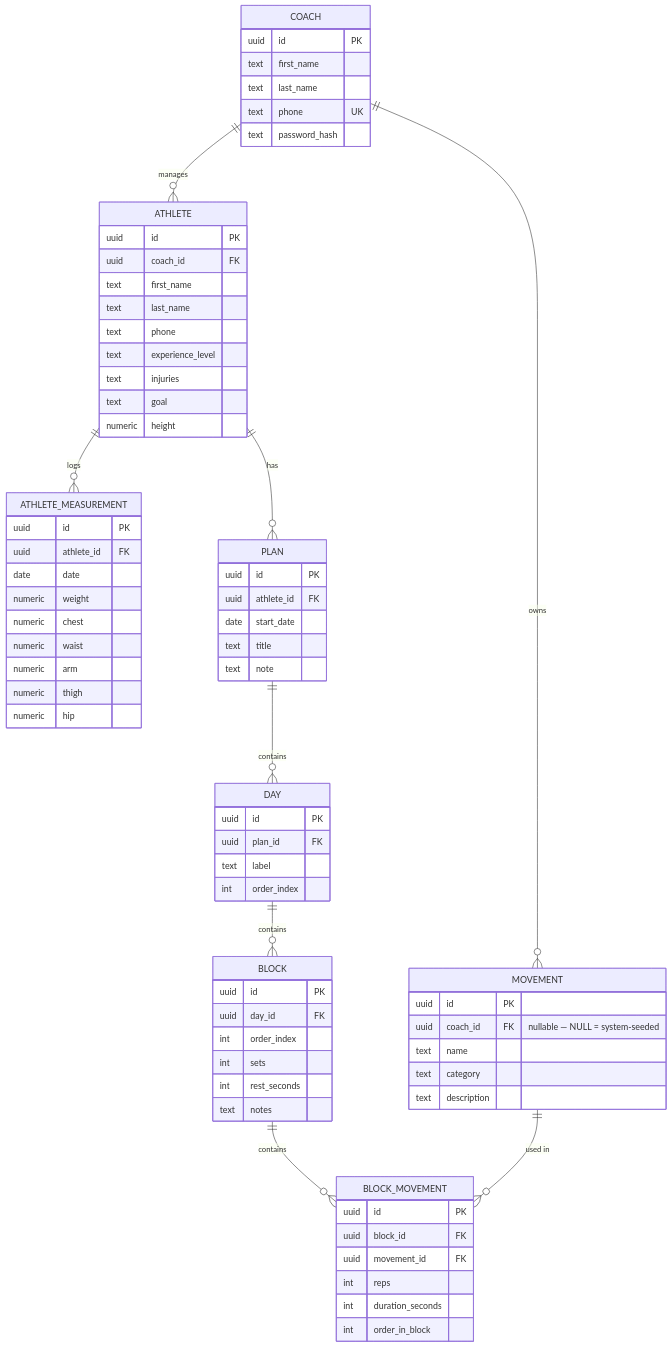
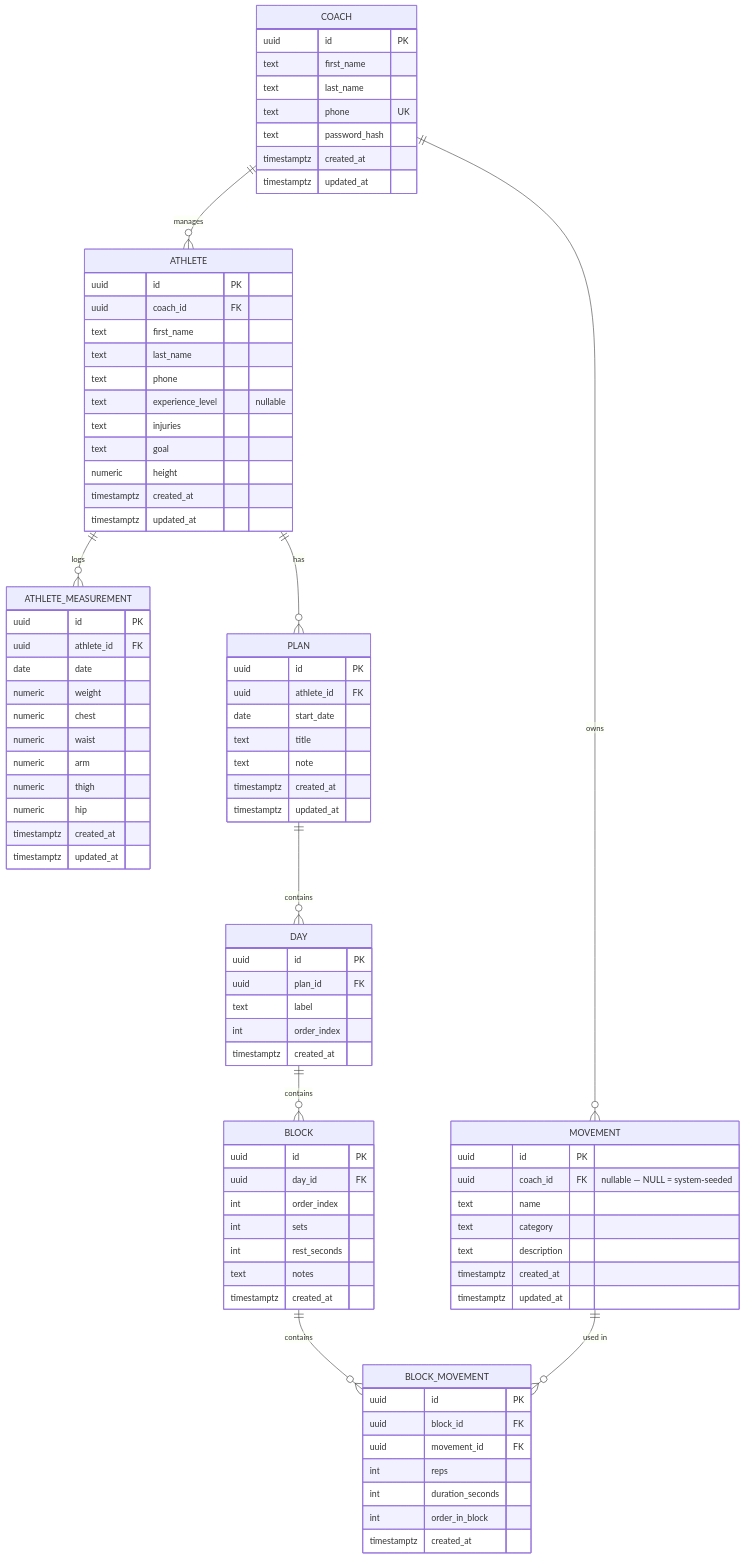
One commit to AbolfazlTayyar/GoGym changed the diagram in docs/er-diagram.md. Above: the diagram before and after it, drawn with Mermaid. The commit also changed other lines of this file and 5 other files, not shown here.

First line of the commit message:
feat(backend): wire golang-migrate and add initial core schema migration

````diff
--- a/docs/er-diagram.md
+++ b/docs/er-diagram.md
@@ -24,6 +24,8 @@
         text last_name
         text phone UK
         text password_hash
+        timestamptz created_at
+        timestamptz updated_at
     }
 
     ATHLETE {
@@ -32,10 +34,12 @@
         text first_name
         text last_name
         text phone
-        text experience_level
+        text experience_level "nullable"
         text injuries
         text goal
         numeric height
+        timestamptz created_at
+        timestamptz updated_at
     }
 
     ATHLETE_MEASUREMENT {
@@ -48,6 +52,8 @@
         numeric arm
         numeric thigh
         numeric hip
+        timestamptz created_at
+        timestamptz updated_at
     }
 
     PLAN {
@@ -56,6 +62,8 @@
         date start_date
         text title
         text note
+        timestamptz created_at
+        timestamptz updated_at
     }
 
     DAY {
@@ -63,6 +71,7 @@
         uuid plan_id FK
         text label
         int order_index
+        timestamptz created_at
     }
 
     BLOCK {
@@ -72,6 +81,7 @@
         int sets
         int rest_seconds
         text notes
+        timestamptz created_at
     }
 
     BLOCK_MOVEMENT {
@@ -81,6 +91,7 @@
         int reps
         int duration_seconds
         int order_in_block
+        timestamptz created_at
     }
 
     MOVEMENT {
@@ -89,5 +100,7 @@
         text name
         text category
         text description
+        timestamptz created_at
+        timestamptz updated_at
     }
 ```
````
